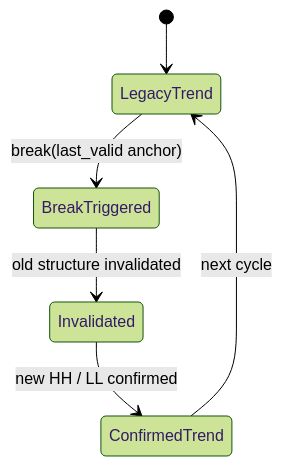
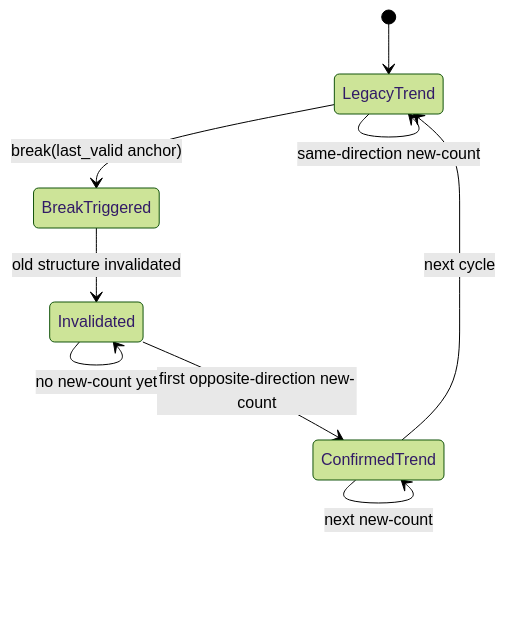
Before and after one commit to everything-is-simple/lifespan-0.01: the first of 3 diagrams in docs/03-execution/82-malf-break-invalidation-confirmation-contract-freeze-card-20260419.md, drawn with Mermaid (forest theme). The commit also changed other lines of this file and 4 other files, not shown here.

````diff
--- a/docs/03-execution/82-malf-break-invalidation-confirmation-contract-freeze-card-20260419.md
+++ b/docs/03-execution/82-malf-break-invalidation-confirmation-contract-freeze-card-20260419.md
@@ -50,8 +51,11 @@
 ```mermaid
 stateDiagram-v2
     [*] --> LegacyTrend
+    LegacyTrend --> LegacyTrend: same-direction new-count
     LegacyTrend --> BreakTriggered: break(last_valid anchor)
     BreakTriggered --> Invalidated: old structure invalidated
-    Invalidated --> ConfirmedTrend: new HH / LL confirmed
+    Invalidated --> Invalidated: no new-count yet
+    Invalidated --> ConfirmedTrend: first opposite-direction new-count
+    ConfirmedTrend --> ConfirmedTrend: next new-count
     ConfirmedTrend --> LegacyTrend: next cycle
 ```
````
